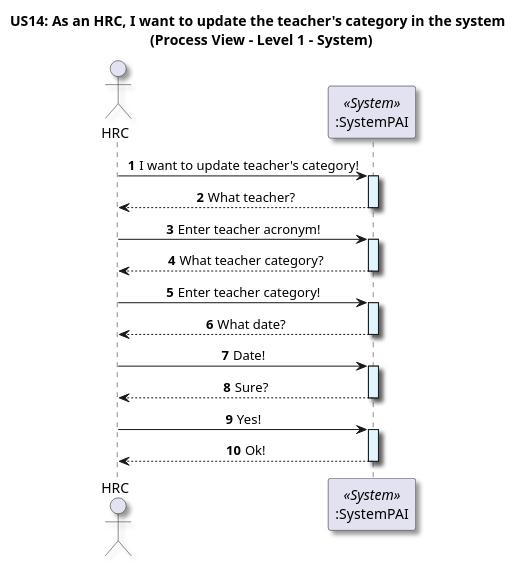
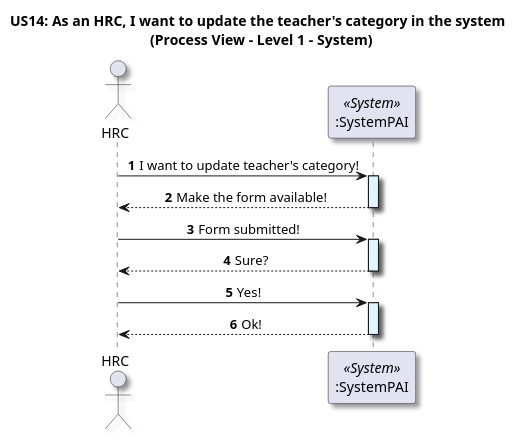
Before and after one commit to GasparISEP/DevOps-PAI: the diagram in docs/US14/Sprint7_RestAPI/ProcessView/Level1.puml, drawn with PlantUML. The commit also changed 1 other file, not shown here.

Commit message:
doc(process): update Level 1 and 2 Process View diagrams (#675, #678)

```diff
--- a/docs/US14/Sprint7_RestAPI/ProcessView/Level1.puml
+++ b/docs/US14/Sprint7_RestAPI/ProcessView/Level1.puml
@@ -1,42 +1,30 @@
 @startuml
 
 title US14: As an HRC, I want to update the teacher's category in the system \n (Process View - Level 1 - System)
 
 skinparam defaultTextAlignment center
 skinparam shadowing true
 
 autonumber
 
 actor HRC as admin
 participant ":SystemPAI" as System <<System>>
 
 admin -> System: I want to update teacher's category!
 activate System #E1F5FE
 
-System --> admin: What teacher?
+System --> admin: Make the form available!
 deactivate System
 
-admin -> System: Enter teacher acronym!
-activate System #E1F5FE
-
-System --> admin: What teacher category?
-deactivate System
-
-admin -> System: Enter teacher category!
-activate System #E1F5FE
-
-System --> admin: What date?
-deactivate System
-
-admin -> System: Date!
+admin -> System: Form submitted!
 activate System #E1F5FE
 
 System --> admin: Sure?
 deactivate System
 
 admin -> System: Yes!
 activate System #E1F5FE
 
 System --> admin: Ok!
 deactivate System
 @enduml
```
